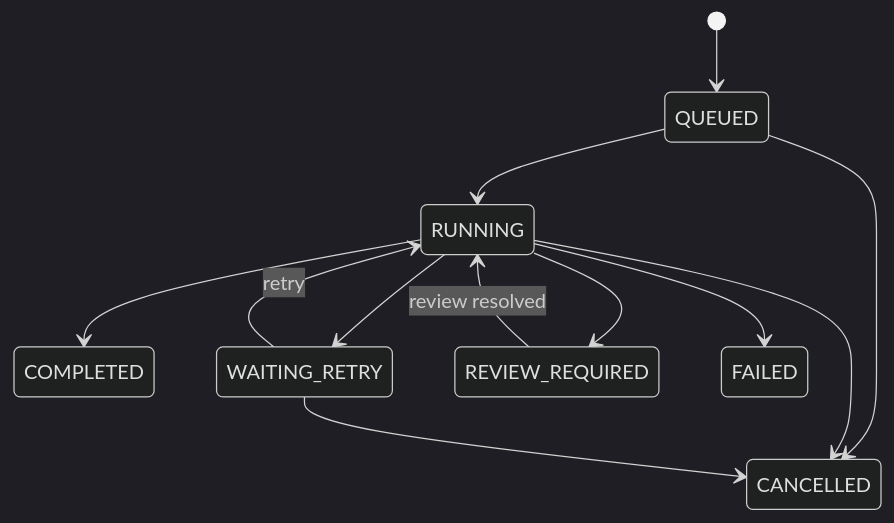
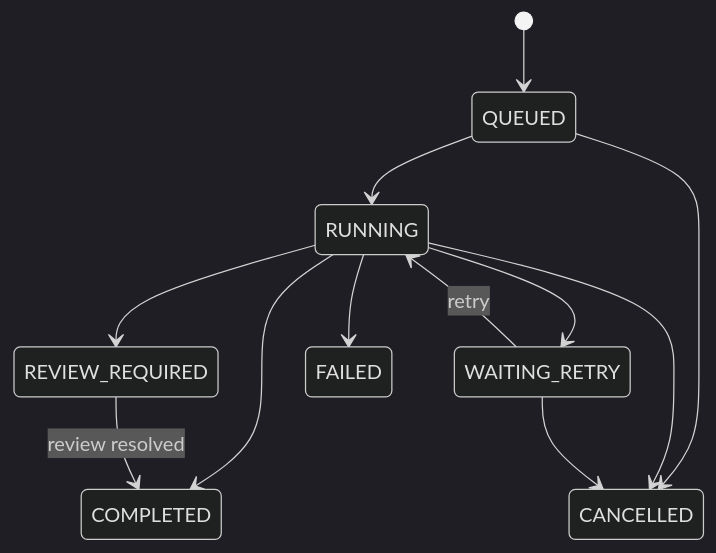
Before and after one commit to PietroRussoD/ai-document-processing-platform: the sixth of 11 diagrams in docs/architecture.md, drawn with Mermaid (dark theme). The commit also changed other lines of this file and 2 other files, not shown here.

Commit message:
📝 Document v0.3 review verification

````diff
--- a/docs/architecture.md
+++ b/docs/architecture.md
@@ -215,14 +221,14 @@
 ```mermaid
 stateDiagram-v2
     [*] --> QUEUED
     QUEUED --> RUNNING
     QUEUED --> CANCELLED
     RUNNING --> COMPLETED
     RUNNING --> WAITING_RETRY
     WAITING_RETRY --> RUNNING: retry
     RUNNING --> REVIEW_REQUIRED
-    REVIEW_REQUIRED --> RUNNING: review resolved
+    REVIEW_REQUIRED --> COMPLETED: review resolved
     RUNNING --> FAILED
     RUNNING --> CANCELLED
     WAITING_RETRY --> CANCELLED
 ```
````
